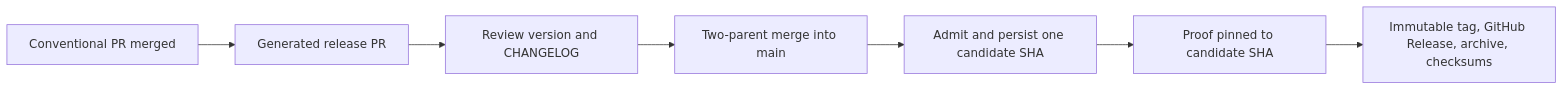
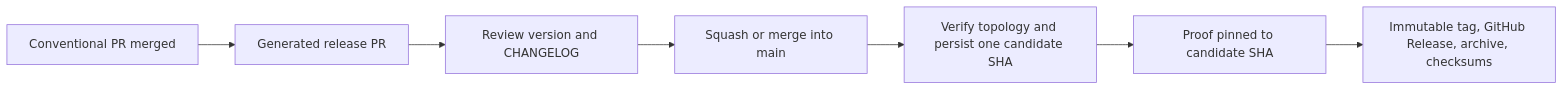
Before and after one commit to myagentdojo/agent-plugin-template: the diagram in README.md, drawn with Mermaid. The commit also changed other lines of this file and 8 other files, not shown here.

````diff
--- a/README.md
+++ b/README.md
@@ -372,9 +372,9 @@
 ```mermaid
 flowchart LR
     change["Conventional PR merged"] --> releasePR["Generated release PR"]
     releasePR --> review["Review version and CHANGELOG"]
-    review --> merge["Two-parent merge into main"]
-    merge --> admit["Admit and persist one candidate SHA"]
+    review --> merge["Squash or merge into main"]
+    merge --> admit["Verify topology and persist one candidate SHA"]
     admit --> proof["Proof pinned to candidate SHA"]
     proof --> publish["Immutable tag, GitHub Release, archive, checksums"]
 ```
````
